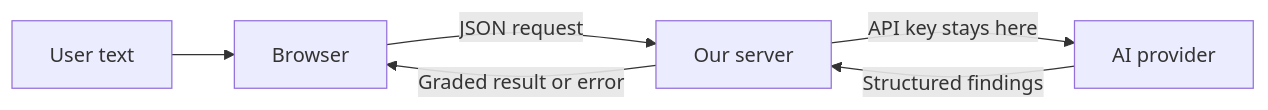
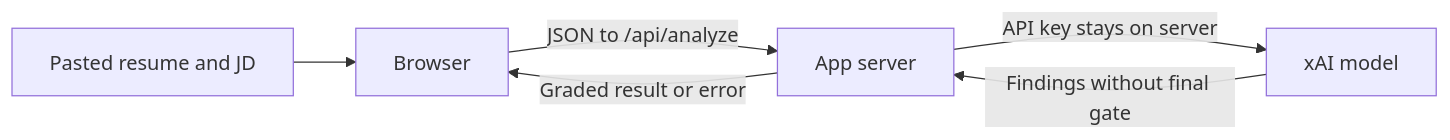
One commit to mstvn0/cvscrutineer changed the second of 8 diagrams in spec.md. Above: the diagram before and after it, drawn with Mermaid. The commit also changed other lines of this file and 3 other files, not shown here.

Commit message:
docs: align diagrams and PASS wording with server grading

````diff
--- a/spec.md
+++ b/spec.md
@@ -72,8 +73,8 @@
 ```mermaid
 graph LR
-  U[User text] --> B[Browser]
-  B -->|JSON request| S[Our server]
-  S -->|API key stays here| AI[AI provider]
-  AI -->|Structured findings| S
+  U[Pasted resume and JD] --> B[Browser]
+  B -->|JSON to /api/analyze| S[App server]
+  S -->|API key stays on server| AI[xAI model]
+  AI -->|Findings without final gate| S
   S -->|Graded result or error| B
 ```
````
